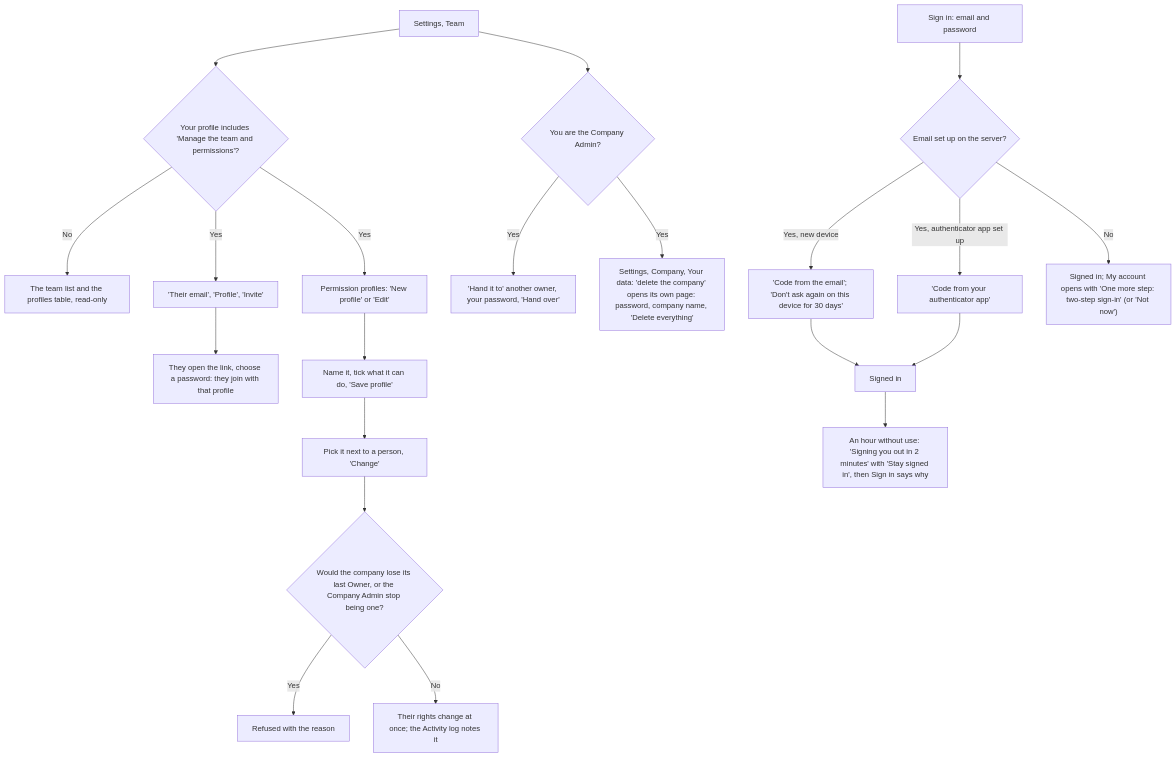
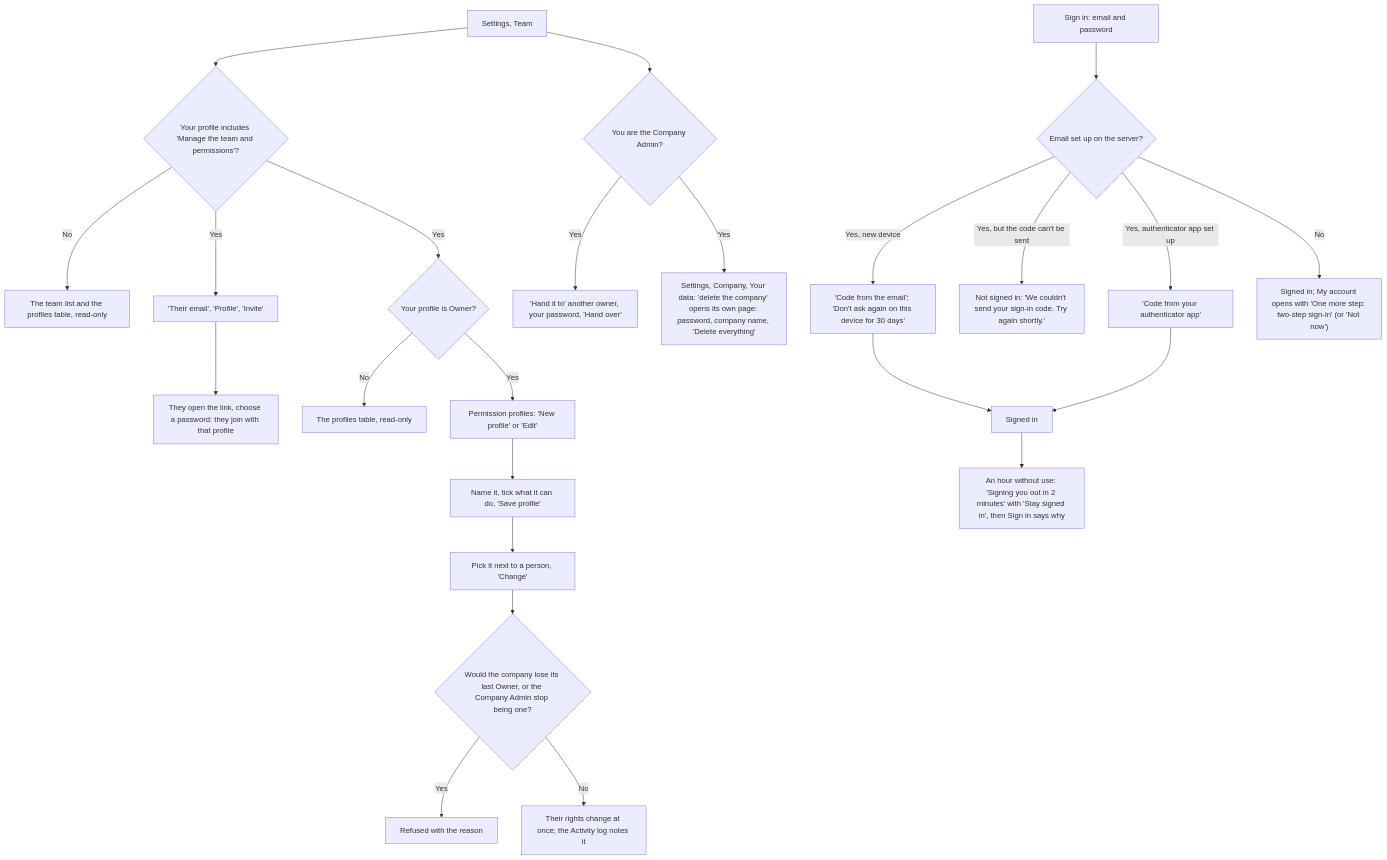
Diagram 16 of 16 in docs/client-flows.md (cartwrightstephen/billdable), drawn with Mermaid before and after one commit. The commit also changed other lines of this file and 9 other files, not shown here.

Commit message:
Sign-in and permissions: no sign-in without the emailed code, wrong codes throttled, import needs Record payments, only owners change profiles, reset keeps profiles, password reset forgets devices

````diff
--- a/docs/client-flows.md
+++ b/docs/client-flows.md
@@ -607,23 +607,26 @@
 ```mermaid
 flowchart TD
     A["Settings, Team"] --> B{"Your profile includes 'Manage the team and permissions'?"}
     B -->|"No"| B1["The team list and the profiles table, read-only"]
     B -->|"Yes"| C["'Their email', 'Profile', 'Invite'"]
     C --> D["They open the link, choose a password: they join with that profile"]
-    B -->|"Yes"| E["Permission profiles: 'New profile' or 'Edit'"]
+    B -->|"Yes"| E0{"Your profile is Owner?"}
+    E0 -->|"No"| E1["The profiles table, read-only"]
+    E0 -->|"Yes"| E["Permission profiles: 'New profile' or 'Edit'"]
     E --> F["Name it, tick what it can do, 'Save profile'"]
     F --> G["Pick it next to a person, 'Change'"]
     G --> H{"Would the company lose its last Owner, or the Company Admin stop being one?"}
     H -->|"Yes"| H1["Refused with the reason"]
     H -->|"No"| H2["Their rights change at once; the Activity log notes it"]
     A --> K{"You are the Company Admin?"}
     K -->|"Yes"| K1["'Hand it to' another owner, your password, 'Hand over'"]
     K -->|"Yes"| K2["Settings, Company, Your data: 'delete the company' opens its own page: password, company name, 'Delete everything'"]
     S["Sign in: email and password"] --> T{"Email set up on the server?"}
     T -->|"Yes, new device"| T1["'Code from the email'; 'Don't ask again on this device for 30 days'"]
+    T -->|"Yes, but the code can't be sent"| T4["Not signed in: 'We couldn't send your sign-in code. Try again shortly.'"]
     T -->|"Yes, authenticator app set up"| T2["'Code from your authenticator app'"]
     T -->|"No"| T3["Signed in; My account opens with 'One more step: two-step sign-in' (or 'Not now')"]
     T1 --> U["Signed in"]
     T2 --> U
     U --> V["An hour without use: 'Signing you out in 2 minutes' with 'Stay signed in', then Sign in says why"]
 ```
````
